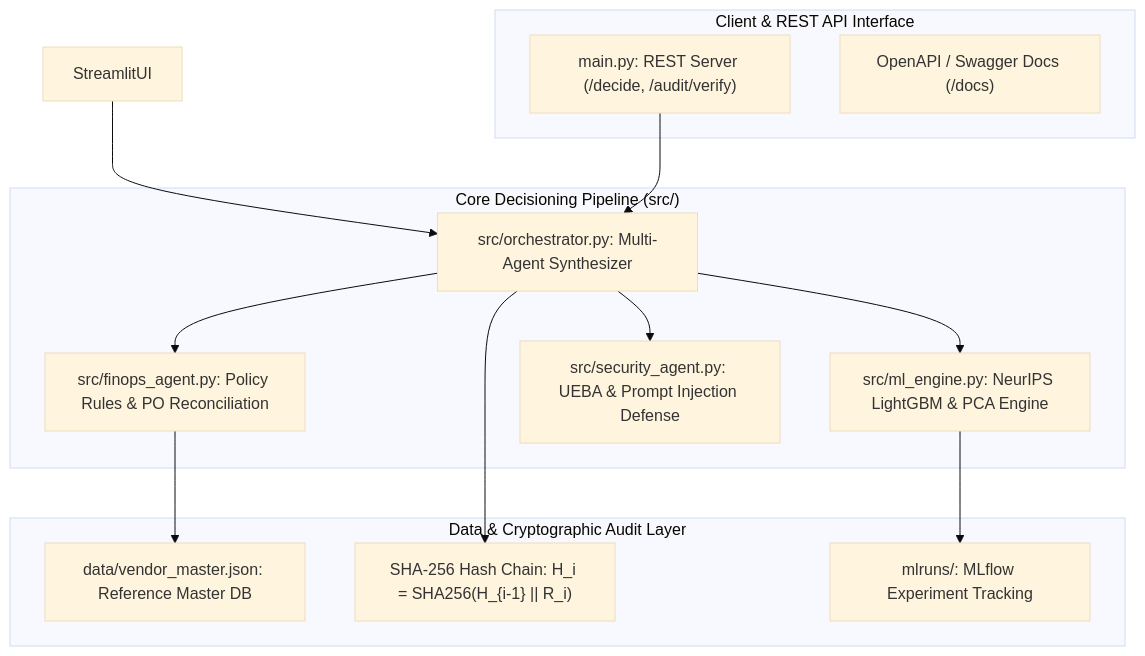
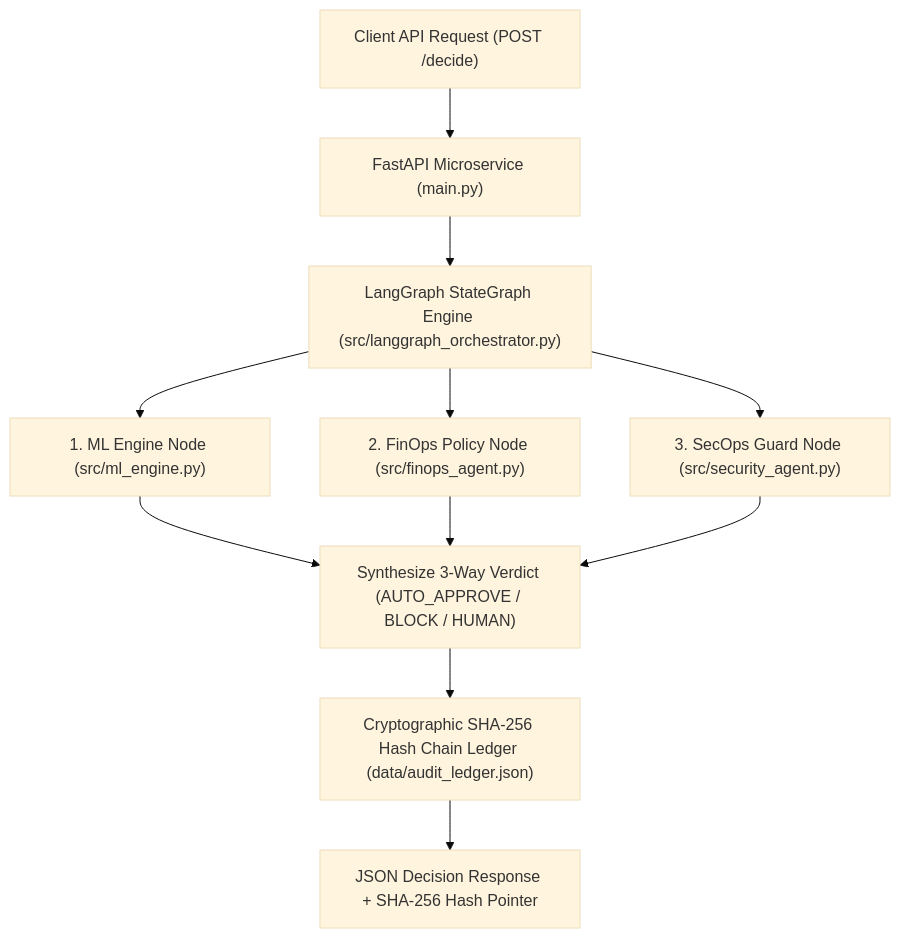
Before and after one commit to PriyankaHichkad/FinOps-Security-Agent: the first of 2 diagrams in docs/DeveloperGuide.md, drawn with Mermaid (base theme). The commit also changed 2 other files, not shown here.

Commit message:
Clean diagram

````diff
--- a/docs/DeveloperGuide.md
+++ b/docs/DeveloperGuide.md
@@ -28,26 +28,13 @@
 ```mermaid
-flowchart TD
-    subgraph ClientLayer ["Client & REST API Interface"]
-        FastAPIEndpoint["main.py: REST Server (/decide, /audit/verify)"]
-        SwaggerUI["OpenAPI / Swagger Docs (/docs)"]
-    end
-
-    subgraph CoreEngine ["Core Decisioning Pipeline (src/)"]
-        Orchestrator["src/orchestrator.py: Multi-Agent Synthesizer"]
-        MLEngine["src/ml_engine.py: NeurIPS LightGBM & PCA Engine"]
-        FinOpsAgent["src/finops_agent.py: Policy Rules & PO Reconciliation"]
-        SecOpsAgent["src/security_agent.py: UEBA & Prompt Injection Defense"]
-    end
-
-    subgraph DataStorage ["Data & Cryptographic Audit Layer"]
-        VendorMaster["data/vendor_master.json: Reference Master DB"]
-        AuditLedger["SHA-256 Hash Chain: H_i = SHA256(H_{i-1} || R_i)"]
-        MLflowStore["mlruns/: MLflow Experiment Tracking"]
-    end
-
-    StreamlitUI & FastAPIEndpoint --> Orchestrator
-    Orchestrator --> FinOpsAgent & MLEngine & SecOpsAgent
-    FinOpsAgent --> VendorMaster
-    MLEngine --> MLflowStore
-    Orchestrator --> AuditLedger
+graph TD
+    A["Client API Request (POST /decide)"] --> B["FastAPI Microservice (main.py)"]
+    B --> C["LangGraph StateGraph Engine (src/langgraph_orchestrator.py)"]
+    
+    C --> D["1. ML Engine Node (src/ml_engine.py)"]
+    C --> E["2. FinOps Policy Node (src/finops_agent.py)"]
+    C --> F["3. SecOps Guard Node (src/security_agent.py)"]
+    
+    D & E & F --> G["Synthesize 3-Way Verdict (AUTO_APPROVE / BLOCK / HUMAN)"]
+    G --> H["Cryptographic SHA-256 Hash Chain Ledger (data/audit_ledger.json)"]
+    H --> I["JSON Decision Response + SHA-256 Hash Pointer"]
 ```
````
